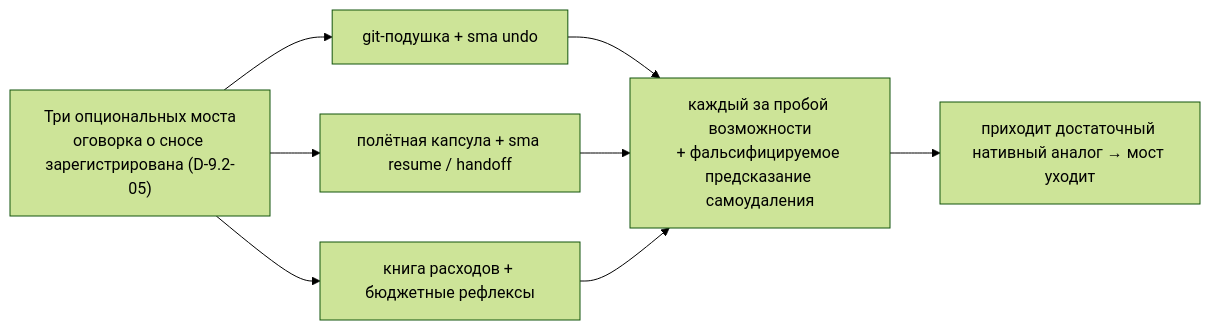
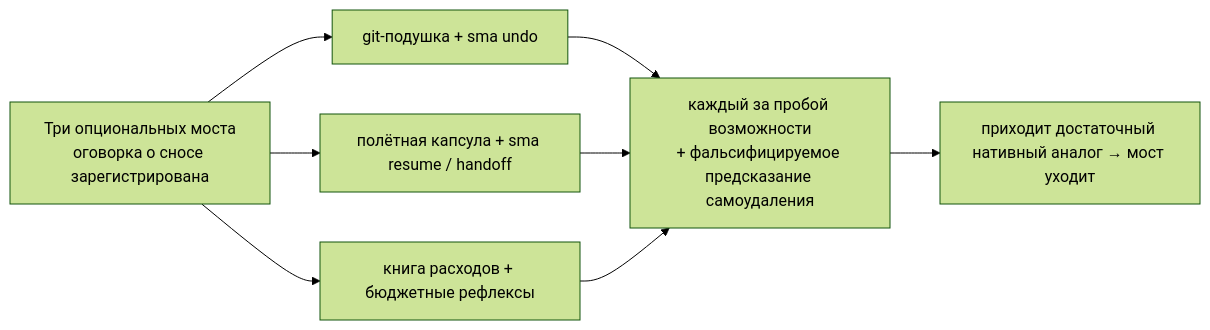
One commit to sma-framework/sma changed diagram 20 of 24 in docs/DETAILS.ru.md. Above: the diagram before and after it, drawn with Mermaid (forest theme). The commit also changed other lines of this file and 19 other files, not shown here.

````diff
--- a/docs/DETAILS.ru.md
+++ b/docs/DETAILS.ru.md
@@ -590,8 +590,8 @@
 ```mermaid
 flowchart LR
-    B["Три опциональных моста<br>оговорка о сносе зарегистрирована (D-9.2-05)"] --> A1["git-подушка + sma undo"]
+    B["Три опциональных моста<br>оговорка о сносе зарегистрирована"] --> A1["git-подушка + sma undo"]
     B --> A2["полётная капсула + sma resume / handoff"]
     B --> A3["книга расходов + бюджетные рефлексы"]
     A1 & A2 & A3 --> DC["каждый за пробой возможности<br>+ фальсифицируемое предсказание самоудаления"]
     DC --> STAND["приходит достаточный нативный аналог → мост уходит"]
 ```
````
